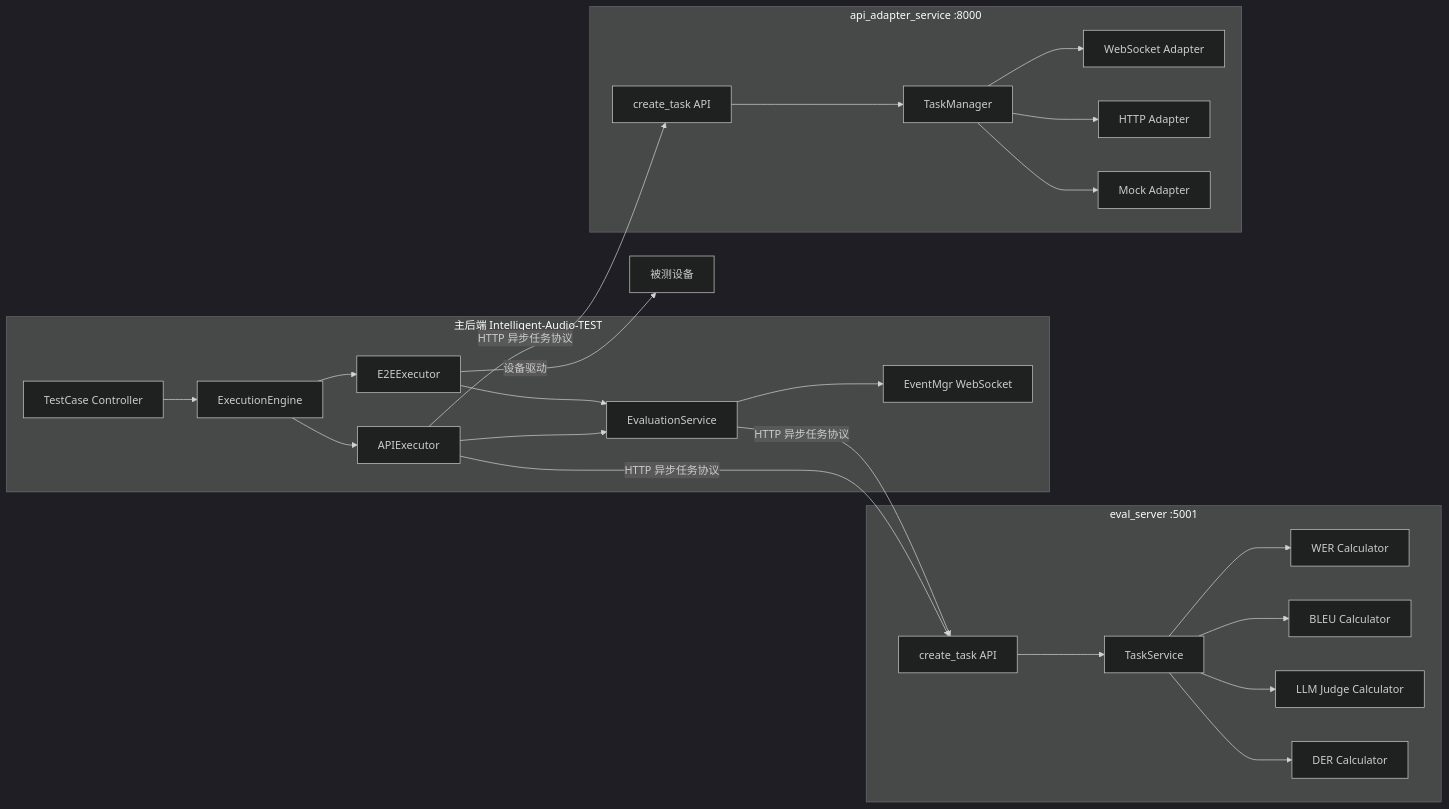
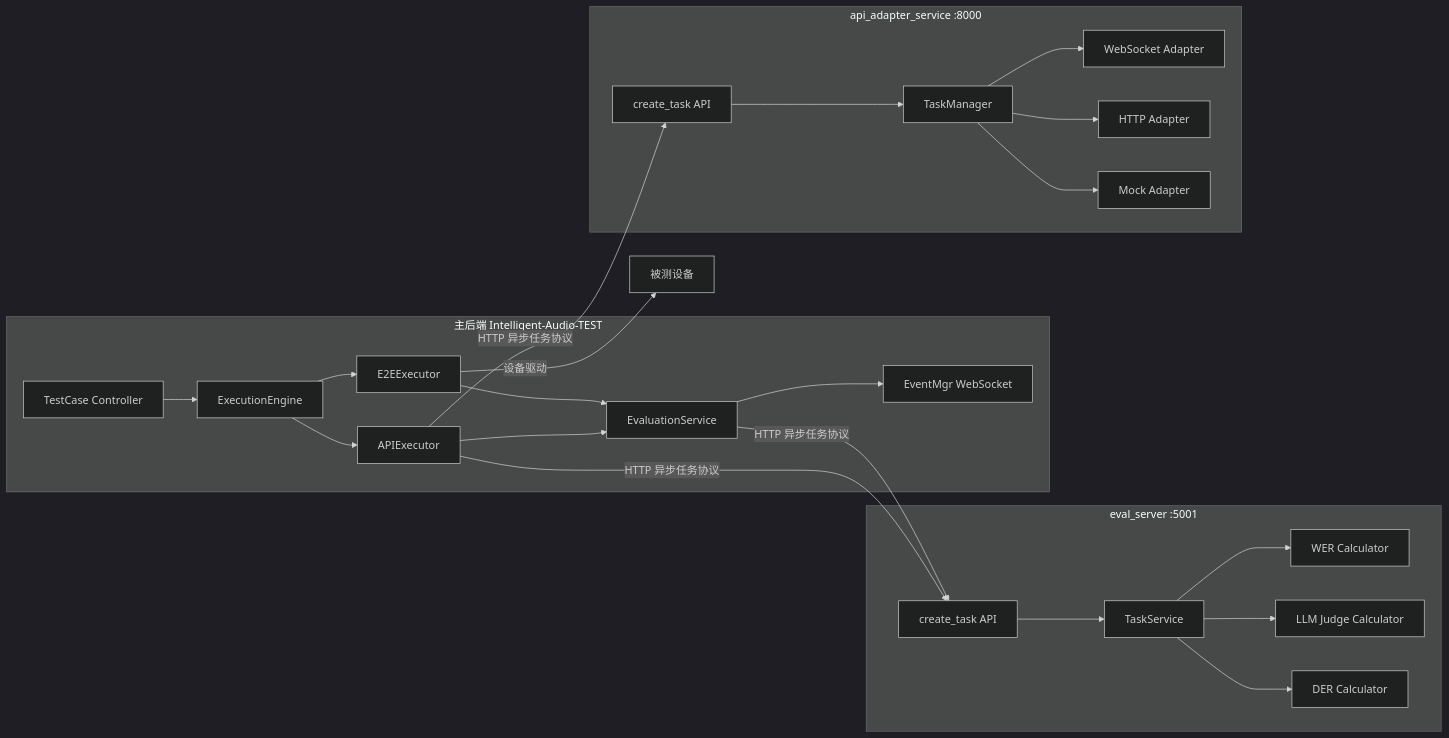
One commit to ydz-auto/intelligent_audio_test changed the first of 9 diagrams in Intelligent-Audio-TEST/doc/voice_llm/00_改造方案总览.md. Above: the diagram before and after it, drawn with Mermaid (dark theme). The commit also changed other lines of this file and 244 other files, not shown here.

````diff
--- a/Intelligent-Audio-TEST/doc/voice_llm/00_改造方案总览.md
+++ b/Intelligent-Audio-TEST/doc/voice_llm/00_改造方案总览.md
@@ -18,33 +18,32 @@
 ```mermaid
 graph LR
     subgraph 主后端 Intelligent-Audio-TEST
         A[TestCase Controller] --> B[ExecutionEngine]
         B --> C[APIExecutor]
         B --> D[E2EExecutor]
         C --> E[EvaluationService]
         D --> E
         E --> F[EventMgr WebSocket]
     end
 
     subgraph eval_server :5001
         G[create_task API]
         G --> H[TaskService]
         H --> I[WER Calculator]
-        H --> J[BLEU Calculator]
         H --> K[LLM Judge Calculator]
         H --> L[DER Calculator]
     end
 
     subgraph api_adapter_service :8000
         M[create_task API]
         M --> N[TaskManager]
         N --> O[WebSocket Adapter]
         N --> P[HTTP Adapter]
         N --> Q[Mock Adapter]
     end
 
     C -->|HTTP 异步任务协议| M
     C -->|HTTP 异步任务协议| G
     E -->|HTTP 异步任务协议| G
     D -->|设备驱动| R[被测设备]
 ```
````
